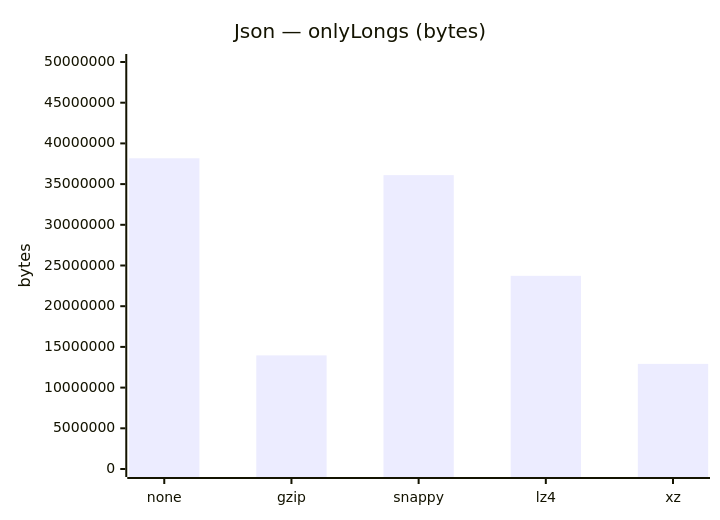
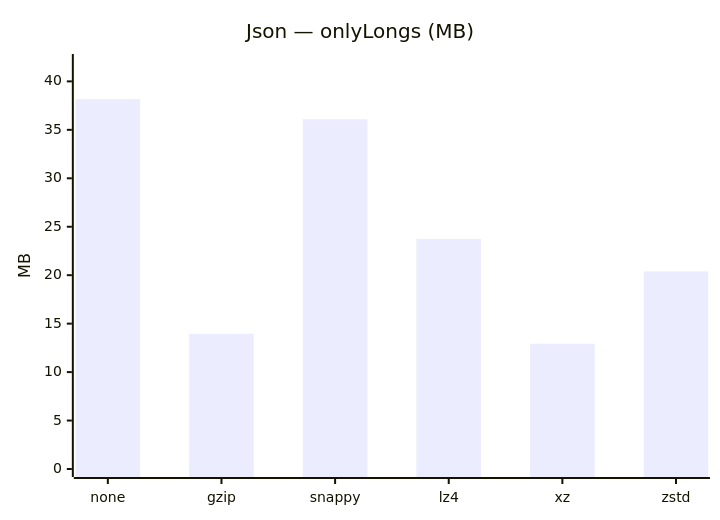
The fifth of 33 diagrams in results/2026/file-sizes.md (nryanov/SerializationBenchmark), drawn with Mermaid before and after one commit. The commit also changed other lines of this file, not shown here.

Commit message:
doc: update file size charts

````diff
--- a/results/2026/file-sizes.md
+++ b/results/2026/file-sizes.md
@@ -68,8 +68,8 @@
 ```mermaid
-%%{init: {"config": {"xyChart": {"width": 525, "height": 360}}}}%%
+%%{init: {"config": {"xyChart": {"width": 610, "height": 360}}}}%%
 xychart-beta
-    title "Json — onlyLongs (bytes)"
-    x-axis ["none", "gzip", "snappy", "lz4", "xz"]
-    y-axis "bytes" 0 --> 50000000
-    bar [38173122, 13959884, 36099183, 23733303, 12915648]
+    title "Json — onlyLongs (MB)"
+    x-axis ["none", "gzip", "snappy", "lz4", "xz", "zstd"]
+    y-axis "MB" 0 --> 42
+    bar [38.17, 13.96, 36.1, 23.73, 12.92, 20.39]
 ```
````
